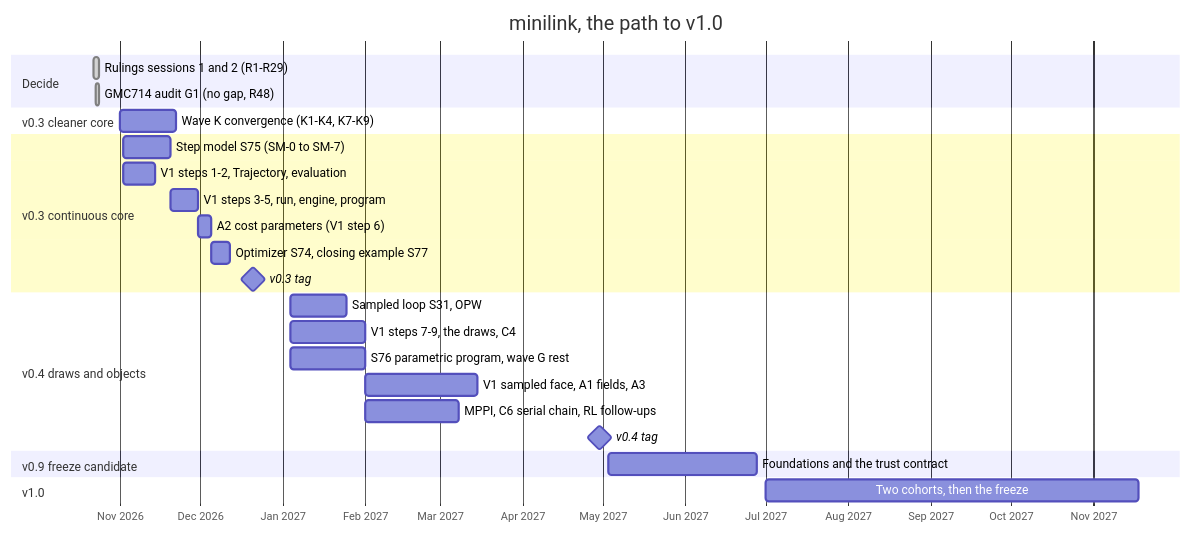
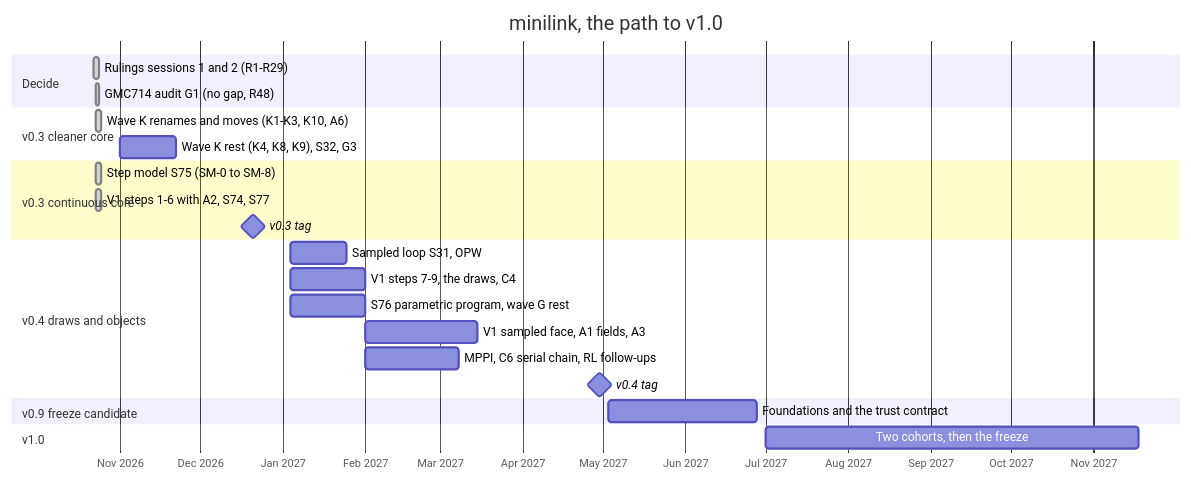
Before and after one commit to alx87grd/minilink: the diagram in docs/dev/ROADMAP.md, drawn with Mermaid. The commit also changed other lines of this file and 11 other files, not shown here.

First line of the commit message:
docs: DESIGN, ROADMAP, the READMEs and the API site brought to the branch

````diff
--- a/docs/dev/ROADMAP.md
+++ b/docs/dev/ROADMAP.md
@@ -282,29 +283,27 @@
 ```mermaid
 gantt
     title minilink, the path to v1.0
     dateFormat YYYY-MM-DD
     axisFormat %b %Y
     section Decide
     Rulings sessions 1 and 2 (R1-R29)     :done, rul1, 2026-10-22, 2d
     GMC714 audit G1 (no gap, R48)         :done, g1, 2026-10-23, 1d
     section v0.3 cleaner core
-    Wave K convergence (K1-K4, K7-K9)     :k, 2026-11-01, 3w
+    Wave K renames and moves (K1-K3, K10, A6) :done, k1, 2026-10-23, 2d
+    Wave K rest (K4, K8, K9), S32, G3     :k, 2026-11-01, 3w
     section v0.3 continuous core
-    Step model S75 (SM-0 to SM-7)         :s75, 2026-11-02, 18d
-    V1 steps 1-2, Trajectory, evaluation  :v1a, 2026-11-02, 12d
-    V1 steps 3-5, run, engine, program    :v1b, after s75, 10d
-    A2 cost parameters (V1 step 6)        :a2, after v1b, 5d
-    Optimizer S74, closing example S77    :s74, after a2, 7d
+    Step model S75 (SM-0 to SM-8)         :done, s75, 2026-10-23, 2d
+    V1 steps 1-6 with A2, S74, S77        :done, v1a, 2026-10-23, 2d
     v0.3 tag                              :milestone, v03, 2026-12-21, 0d
     section v0.4 draws and objects
     Sampled loop S31, OPW                 :s31, 2027-01-04, 3w
     V1 steps 7-9, the draws, C4           :v1c, 2027-01-04, 4w
     S76 parametric program, wave G rest   :s76, 2027-01-04, 4w
     V1 sampled face, A1 fields, A3        :a13, after v1c, 6w
     MPPI, C6 serial chain, RL follow-ups  :mp, after v1c, 5w
     v0.4 tag                              :milestone, v04, 2027-04-30, 0d
     section v0.9 freeze candidate
     Foundations and the trust contract    :v09, 2027-05-03, 8w
     section v1.0
     Two cohorts, then the freeze          :v10, 2027-07-01, 20w
 ```
````
